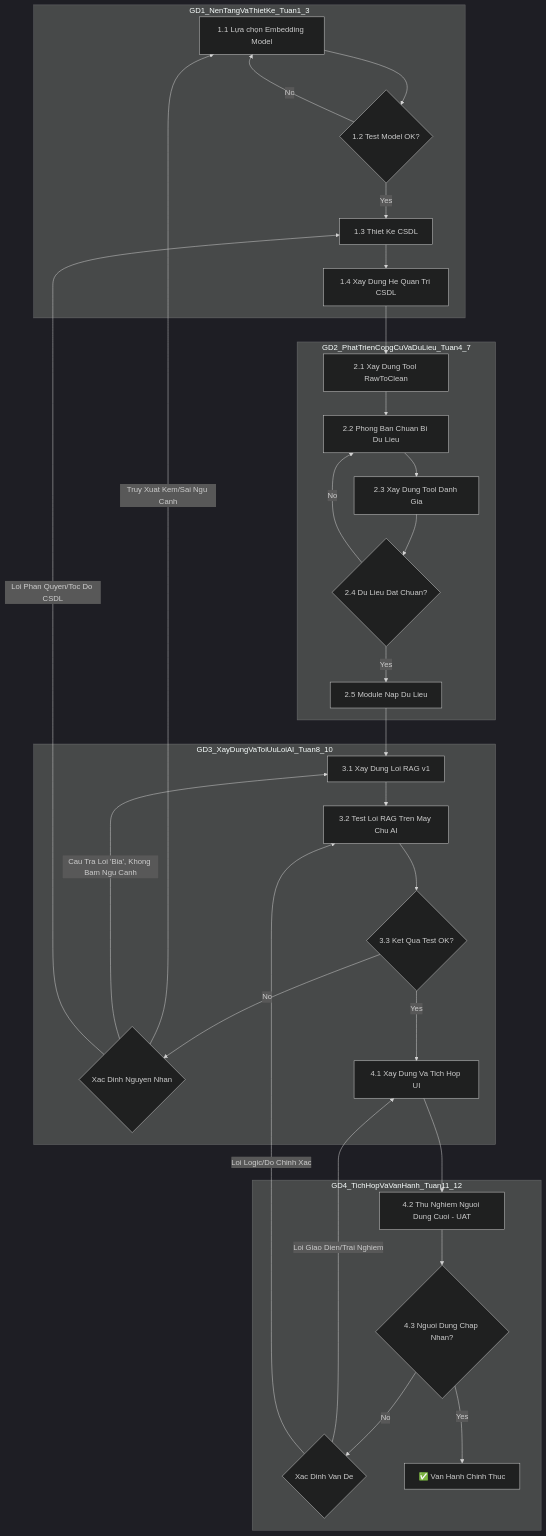
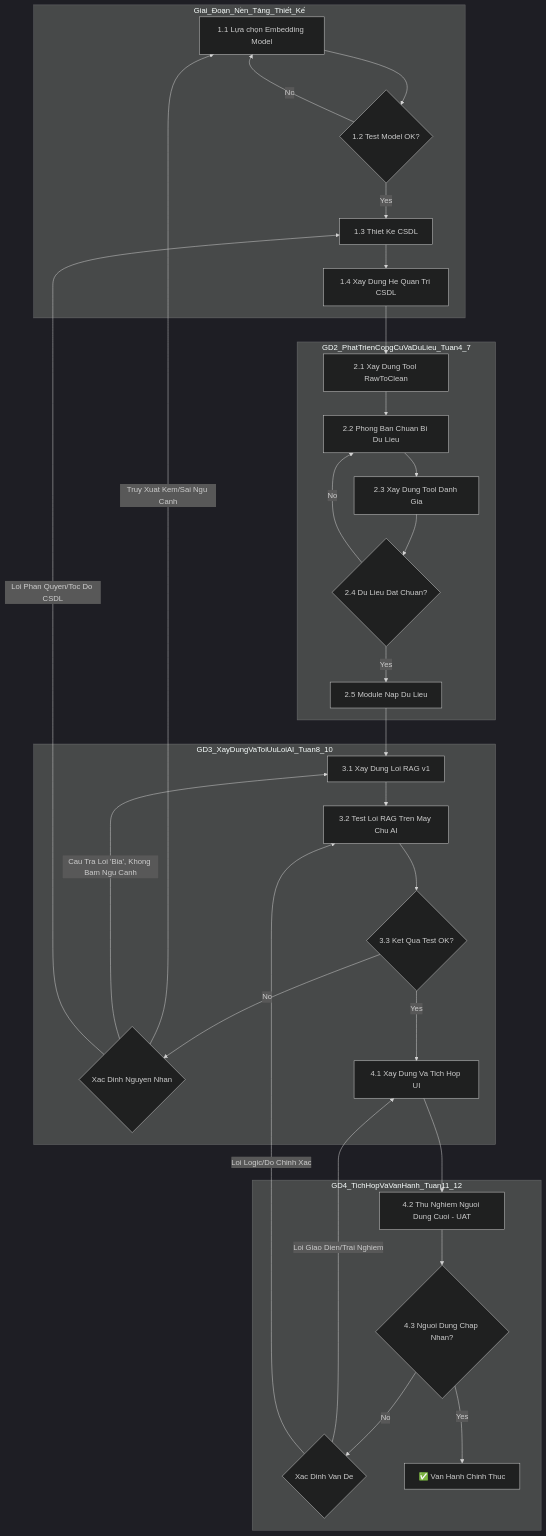
Before and after one commit to ngoquytuan/chatbotweb: the diagram in biendo.md, drawn with Mermaid (dark theme).

````diff
--- a/biendo.md
+++ b/biendo.md
@@ -11,42 +11,42 @@
 ```mermaid
 graph TD
-    subgraph GD1_NenTangVaThietKe_Tuan1_3
+    subgraph Giai_Đoạn_Nền_Tảng_Thiết_Kế
         A1[1.1 Lựa chọn Embedding Model] --> A2{1.2 Test Model OK?}
         A2 -- Yes --> B1
         A2 -- No --> A1
         
         B1[1.3 Thiet Ke CSDL] --> B2[1.4 Xay Dung He Quan Tri CSDL]
     end
 
     subgraph GD2_PhatTrienCongCuVaDuLieu_Tuan4_7
         C1[2.1 Xay Dung Tool RawToClean] --> C2[2.2 Phong Ban Chuan Bi Du Lieu]
         C2 --> D1[2.3 Xay Dung Tool Danh Gia]
         D1 --> D2{2.4 Du Lieu Dat Chuan?}
         D2 -- No --> C2
         D2 -- Yes --> E1[2.5 Module Nap Du Lieu]
     end
 
     subgraph GD3_XayDungVaToiUuLoiAI_Tuan8_10
         F1[3.1 Xay Dung Loi RAG v1] --> F2[3.2 Test Loi RAG Tren May Chu AI]
         F2 --> F3{3.3 Ket Qua Test OK?}
         F3 -- No --> G1{Xac Dinh Nguyen Nhan}
         F3 -- Yes --> H1
         G1 -- Truy Xuat Kem/Sai Ngu Canh --> A1
         G1 -- "Cau Tra Loi 'Bia', Khong Bam Ngu Canh" --> F1
         G1 -- Loi Phan Quyen/Toc Do CSDL --> B1
     end
 
     subgraph GD4_TichHopVaVanHanh_Tuan11_12
         H1[4.1 Xay Dung Va Tich Hop UI] --> H2[4.2 Thu Nghiem Nguoi Dung Cuoi - UAT]
         H2 --> H3{4.3 Nguoi Dung Chap Nhan?}
         H3 -- No --> H4{Xac Dinh Van De}
         H3 -- Yes --> I1[✅ Van Hanh Chinh Thuc]
         H4 -- Loi Giao Dien/Trai Nghiem --> H1
         H4 -- Loi Logic/Do Chinh Xac --> F2
     end
     
     B2 --> C1
     E1 --> F1
 
 
 ```
````
